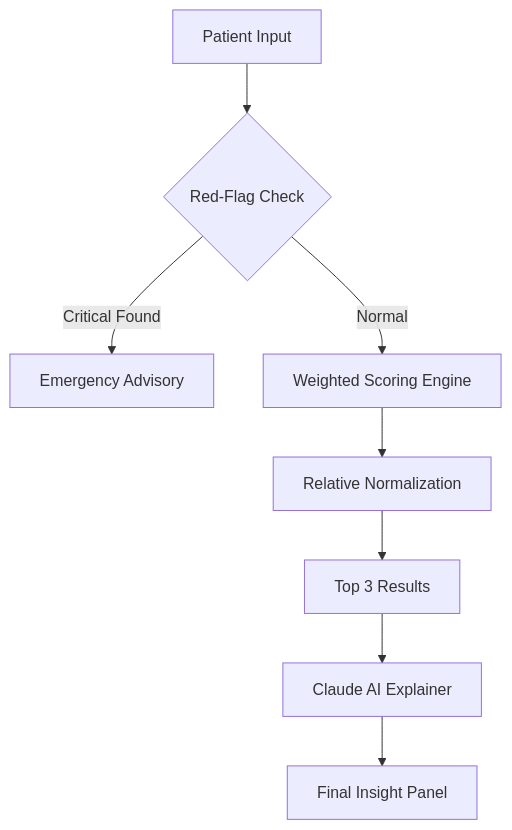
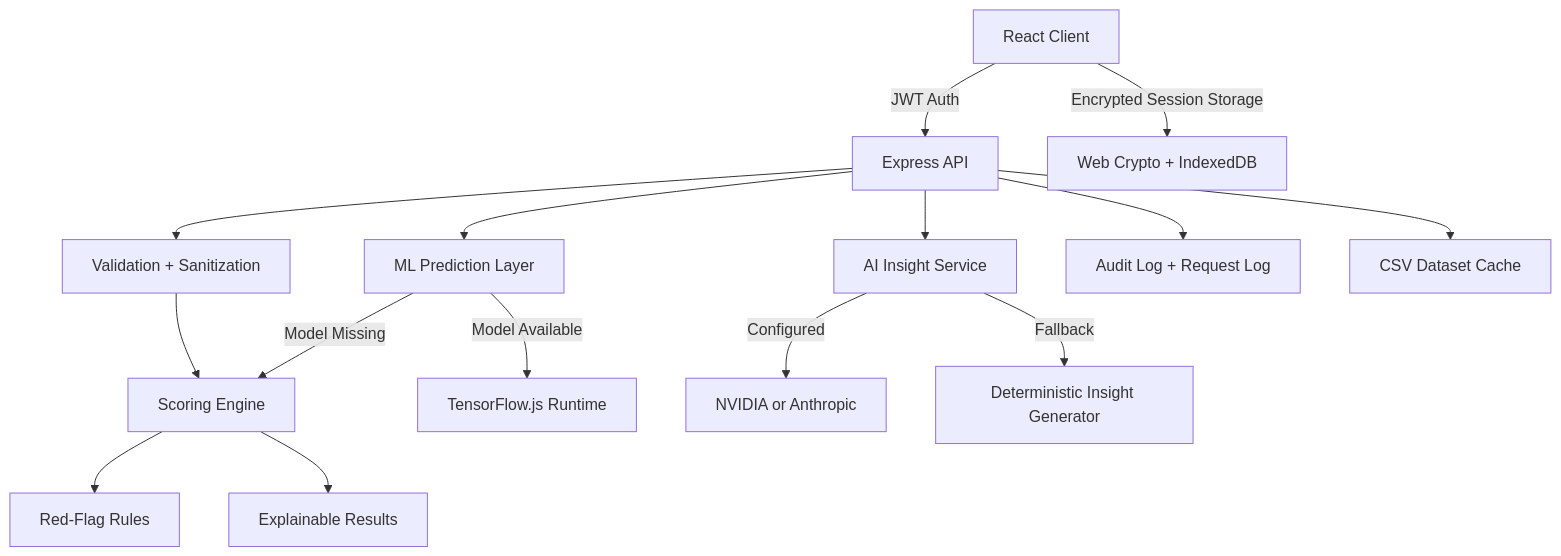
Before and after one commit to Romil157/SymptomSense: the diagram in README.md, drawn with Mermaid. The commit also changed other lines of this file and 85 other files, not shown here.

````diff
--- a/README.md
+++ b/README.md
@@ -52,10 +33,17 @@
 ```mermaid
-graph TD
-    A[Patient Input] --> B{Red-Flag Check}
-    B -- Critical Found --> C[Emergency Advisory]
-    B -- Normal --> D[Weighted Scoring Engine]
-    D --> E[Relative Normalization]
-    E --> F[Top 3 Results]
-    F --> G[Claude AI Explainer]
-    G --> H[Final Insight Panel]
+flowchart TD
+    A[React Client] -->|JWT Auth| B[Express API]
+    A -->|Encrypted Session Storage| C[Web Crypto + IndexedDB]
+    B --> D[Validation + Sanitization]
+    D --> E[Scoring Engine]
+    E --> F[Red-Flag Rules]
+    E --> G[Explainable Results]
+    B --> H[ML Prediction Layer]
+    H -->|Model Available| I[TensorFlow.js Runtime]
+    H -->|Model Missing| E
+    B --> J[AI Insight Service]
+    J -->|Configured| K[NVIDIA or Anthropic]
+    J -->|Fallback| L[Deterministic Insight Generator]
+    B --> M[Audit Log + Request Log]
+    B --> N[CSV Dataset Cache]
 ```
````
